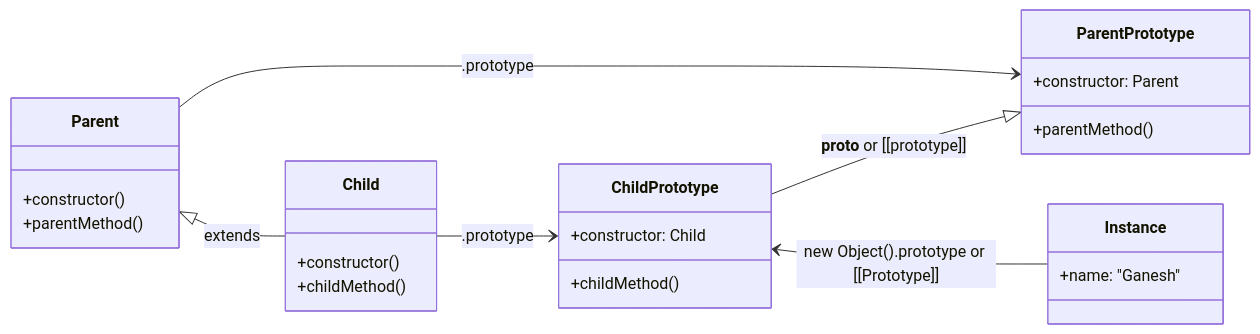
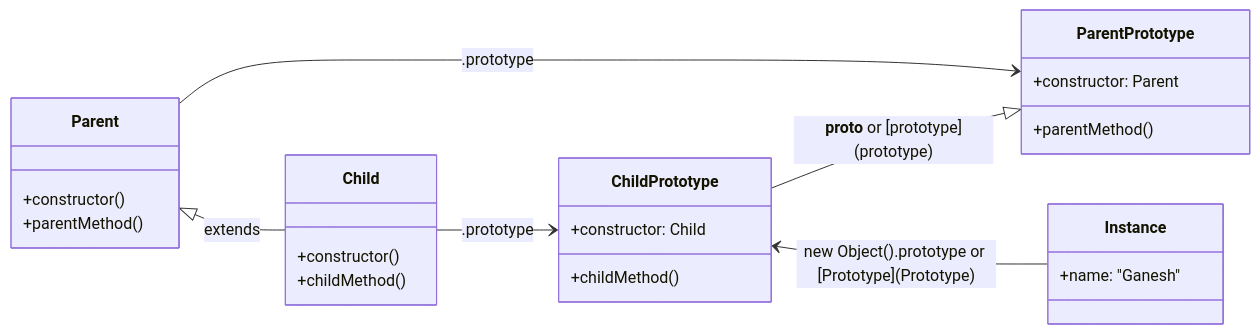
The diagram in 6 - Main notes/Frontend/Javascript notes/Classes - Javascript.md (ganeshreddychimmula/notes), drawn with Mermaid before and after one commit. The commit also changed other lines of this file and 145 other files, not shown here.

````diff
--- a/6 - Main notes/Frontend/Javascript notes/Classes - Javascript.md
+++ b/6 - Main notes/Frontend/Javascript notes/Classes - Javascript.md
@@ -184,32 +184,32 @@
 ```mermaid
 classDiagram
     direction LR
     class Parent {
         +constructor()
         +parentMethod()
     }
     class Child {
         +constructor()
         +childMethod()
     }
     Parent <|-- Child : extends
 
     class ParentPrototype {
         +constructor: Parent
         +parentMethod()
     }
     class ChildPrototype {
         +constructor: Child
         +childMethod()
     }
 
     Parent --> ParentPrototype : .prototype
     Child --> ChildPrototype : .prototype
-    ChildPrototype --|> ParentPrototype : __proto__ or \[[prototype]]
+    ChildPrototype --|> ParentPrototype : __proto__ or \[prototype](prototype)
 
     class Instance {
         +name: "Ganesh"
     }
      
-    ChildPrototype <-- Instance : new Object().prototype or \[[Prototype]]
+    ChildPrototype <-- Instance : new Object().prototype or \[Prototype](Prototype)
 ```
````
